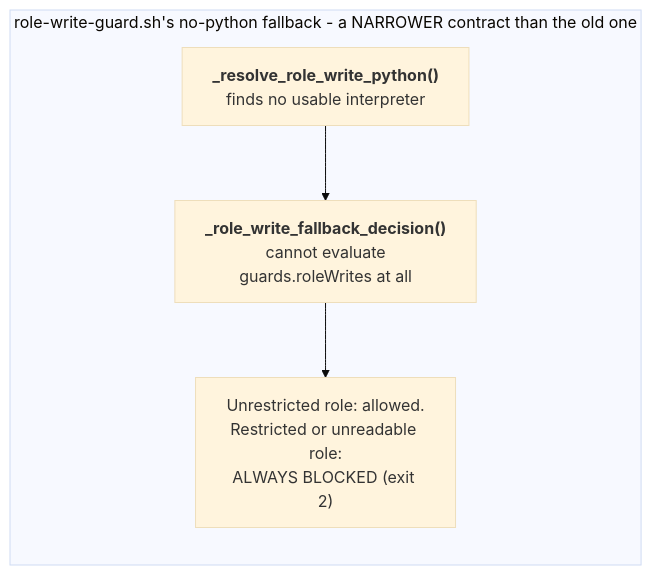
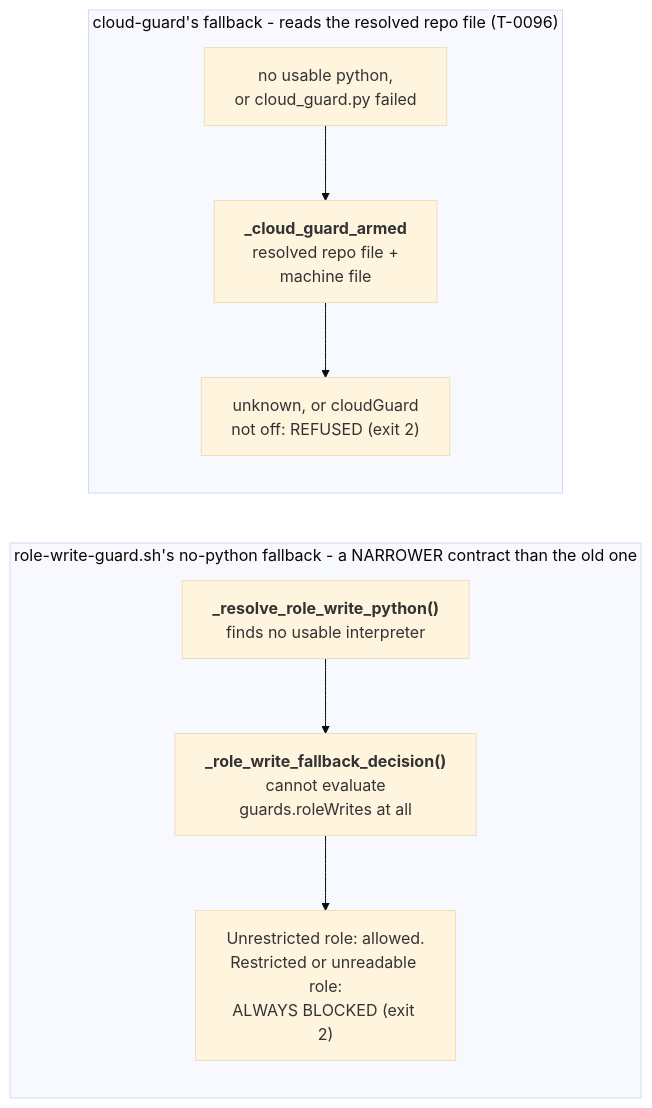
The diagram in docs/diagrams/data-flow-crew-config-no-python.mmd (mbadali25/useful-claude-add-ons), drawn with Mermaid (base theme) before and after one commit. The commit also changed 20 other files, not shown here.

First line of the commit message:
T-0096: docs, verify rule, code map, diagrams; ticket folder removed (ships as code and CHANGELOG)

```diff
--- a/docs/diagrams/data-flow-crew-config-no-python.mmd
+++ b/docs/diagrams/data-flow-crew-config-no-python.mmd
@@ -1,27 +1,43 @@
 %% Generated from useful-claude-add-ons@452b30cc on 2026-10-02. Verify before trusting.
-%% Anchors: plugin/crew/hooks/scripts/role-write-guard.sh
-%% Purpose: What role-write-guard.sh does when it cannot find python: it cannot read guards.roleWrites, so it always blocks a restricted role.
+%% Anchors: plugin/crew/hooks/scripts/role-write-guard.sh, plugin/crew/hooks/scripts/cloud-guard.sh
+%% Re-drawn for T-0096 on 2026-10-04: the cloud guard's fallback (CG1-CG3), read at T-0096-build.
+%% Purpose: What two guards do when they cannot find python: role-write-guard.sh cannot read guards.roleWrites, so it always blocks a restricted role; cloud-guard.sh reads cloudGuard crudely from the resolved repo file and the machine file, and refuses when armed or when git cannot name a lane's main checkout.
 %% Split from data-flow-crew-config.mmd (the overview); edges to other parts are drawn there.
 %%  6. role-write-guard.sh's no-python fallback (:301-346) is a NEW, narrower
 %%     contract, not the old policy-reading fallback (removed): without a
 %%     working python it cannot evaluate guards.roleWrites at all, so it only
 %%     tells a restricted role from an unrestricted one and fails CLOSED for
 %%     the restricted side - "off"/"report" and pm's own path allowances
 %%     require python to take effect; a restricted role's write is ALWAYS
 %%     blocked with no python on PATH.
 %% Note NP1: _resolve_role_write_python() plugin/crew/hooks/scripts/role-write-guard.sh:44- fails to find a
 %%    usable interpreter
 %% Note NP2: _role_write_fallback_decision() :326-346. Cannot evaluate guards.roleWrites (off/report/pm's own
 %%    path allowances) at all - only tells a restricted role from an unrestricted one via the deny-list mirror
 %% Note NP3: Unrestricted role: allowed unjudged. Restricted role (pm or _DENY_ROLES) OR a role this fallback
 %%    could not even read: ALWAYS BLOCKED (exit 2), regardless of what guards.roleWrites actually says
 %%    :339-345
+%% Note CG1: crew_py_strict plugin/crew/hooks/scripts/_common.sh finds no usable interpreter, or
+%%    cloud_guard.py exits non-zero (cloud-guard.sh:52-75)
+%% Note CG2: _cloud_guard_armed plugin/crew/hooks/scripts/cloud-guard.sh:38. The repo file is
+%%    crew_repo_config_dir's (_common.sh:328): a lane with no config of its own reads the main checkout's.
+%%    Twin: Test-CloudGuardArmed in cloud-guard.ps1 through Get-CrewRepoConfigDir.
+%% Note CG3: source unknown, or any cloudGuard value other than off in either file: exit 2 (refuse).
+%%    Otherwise exit 0, unjudged.
 flowchart LR
 
     subgraph NoPython["role-write-guard.sh's no-python fallback - a NARROWER contract than the old one"]
         direction TB
         NP1["<b>_resolve_role_write_python()</b><br/>finds no usable interpreter"]
         NP2["<b>_role_write_fallback_decision()</b><br/>cannot evaluate<br/>guards.roleWrites at all"]
         NP3["Unrestricted role: allowed.<br/>Restricted or unreadable role:<br/>ALWAYS BLOCKED (exit 2)"]
         NP1 --> NP2 --> NP3
     end
+
+    subgraph CloudNoPython["cloud-guard's fallback - reads the resolved repo file (T-0096)"]
+        direction TB
+        CG1["no usable python,<br/>or cloud_guard.py failed"]
+        CG2["<b>_cloud_guard_armed</b><br/>resolved repo file +<br/>machine file"]
+        CG3["unknown, or cloudGuard<br/>not off: REFUSED (exit 2)"]
+        CG1 --> CG2 --> CG3
+    end
```
